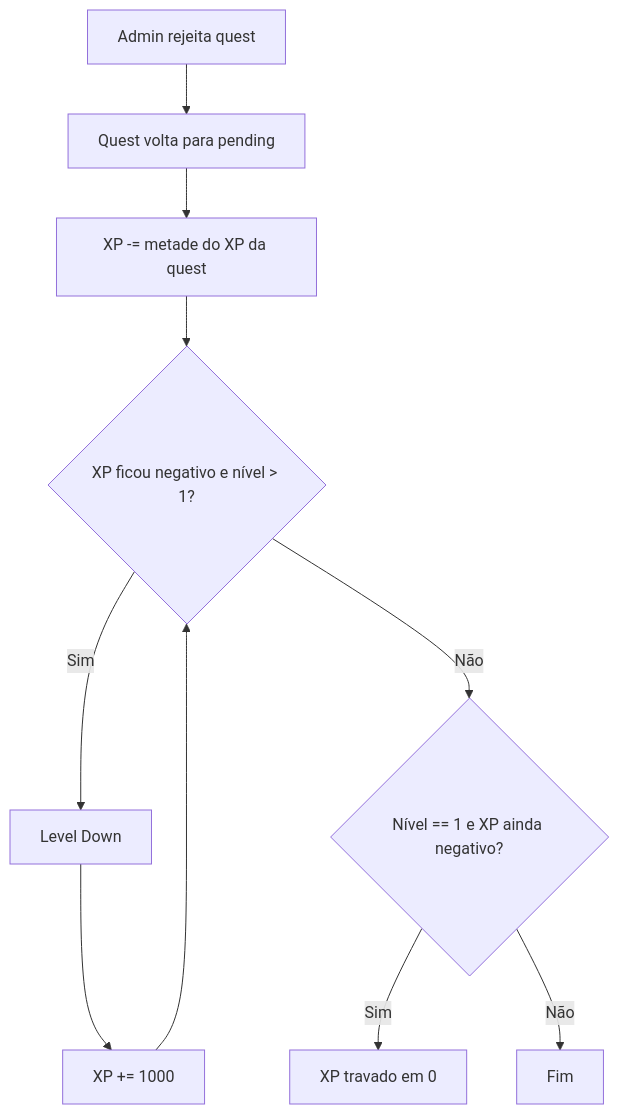
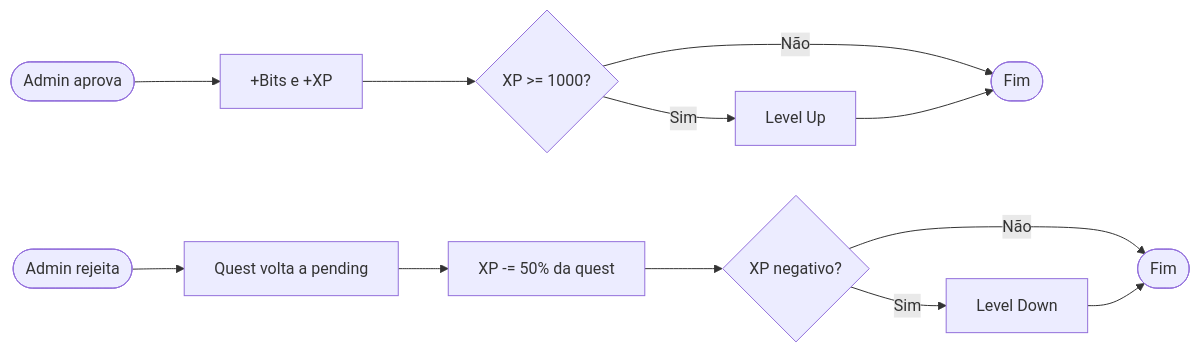
Before and after one commit to Alexandrelimax/home_guild_backend: the fourth of 6 diagrams in README.md, drawn with Mermaid. The commit also changed other lines of this file, not shown here.

Commit message:
docs: simplifica diagramas 3 e 4 do README

````diff
--- a/README.md
+++ b/README.md
@@ -160,12 +136,15 @@
 ```mermaid
-flowchart TD
-    A[Admin rejeita quest] --> B[Quest volta para pending]
-    B --> C[XP -= metade do XP da quest]
-    C --> D{XP ficou negativo e nível > 1?}
-    D -- Sim --> E[Level Down]
-    E --> F[XP += 1000]
-    F --> D
-    D -- Não --> G{Nível == 1 e XP ainda negativo?}
-    G -- Sim --> H[XP travado em 0]
-    G -- Não --> I[Fim]
+flowchart LR
+    A([Admin aprova]) --> B[+Bits e +XP]
+    B --> C{XP >= 1000?}
+    C -- Sim --> D[Level Up]
+    C -- Não --> E([Fim])
+    D --> E
+
+    A2([Admin rejeita]) --> F[Quest volta a pending]
+    F --> G[XP -= 50% da quest]
+    G --> H{XP negativo?}
+    H -- Sim --> I[Level Down]
+    H -- Não --> J([Fim])
+    I --> J
 ```
````
